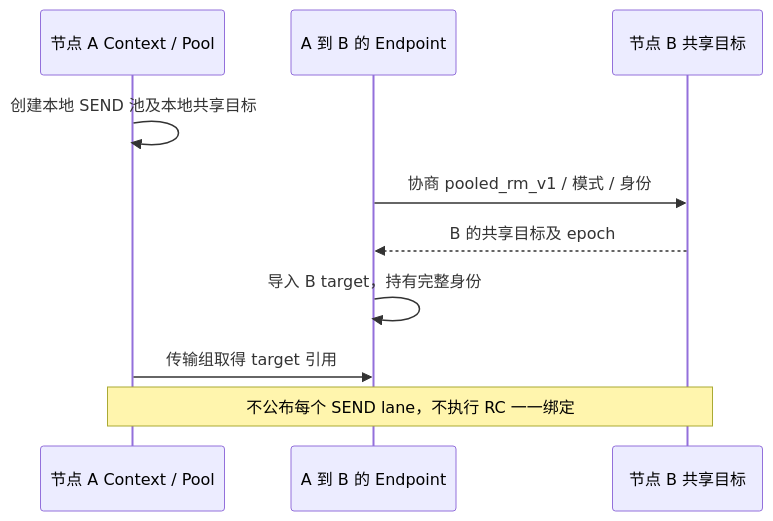
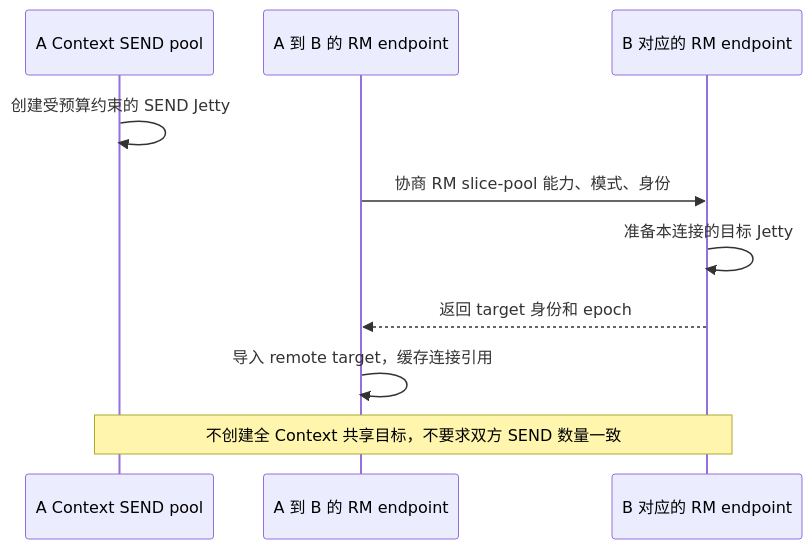
Before and after one commit to HangCong126/Supercache: the fourth of 8 diagrams in docs/analyze/tent-ub-rm-jetty-pool-design.md, drawn with Mermaid. The commit also changed other lines of this file, not shown here.

Commit message:
revise TENT RM jetty design for exclusive slice leases

````diff
--- a/docs/analyze/tent-ub-rm-jetty-pool-design.md
+++ b/docs/analyze/tent-ub-rm-jetty-pool-design.md
@@ -133,12 +130,12 @@
 ```mermaid
 sequenceDiagram
-    participant A as 节点 A Context / Pool
-    participant E as A 到 B 的 Endpoint
-    participant B as 节点 B 共享目标
-    A->>A: 创建本地 SEND 池及本地共享目标
-    E->>B: 协商 pooled_rm_v1 / 模式 / 身份
-    B-->>E: B 的共享目标及 epoch
-    E->>E: 导入 B target，持有完整身份
-    A->>E: 传输组取得 target 引用
-    Note over A,B: 不公布每个 SEND lane，不执行 RC 一一绑定
+    participant P as A Context SEND pool
+    participant A as A 到 B 的 RM endpoint
+    participant B as B 对应的 RM endpoint
+    P->>P: 创建受预算约束的 SEND Jetty
+    A->>B: 协商 RM slice-pool 能力、模式、身份
+    B->>B: 准备本连接的目标 Jetty
+    B-->>A: 返回 target 身份和 epoch
+    A->>A: 导入 remote target，缓存连接引用
+    Note over P,B: 不创建全 Context 共享目标，不要求双方 SEND 数量一致
 ```
````
